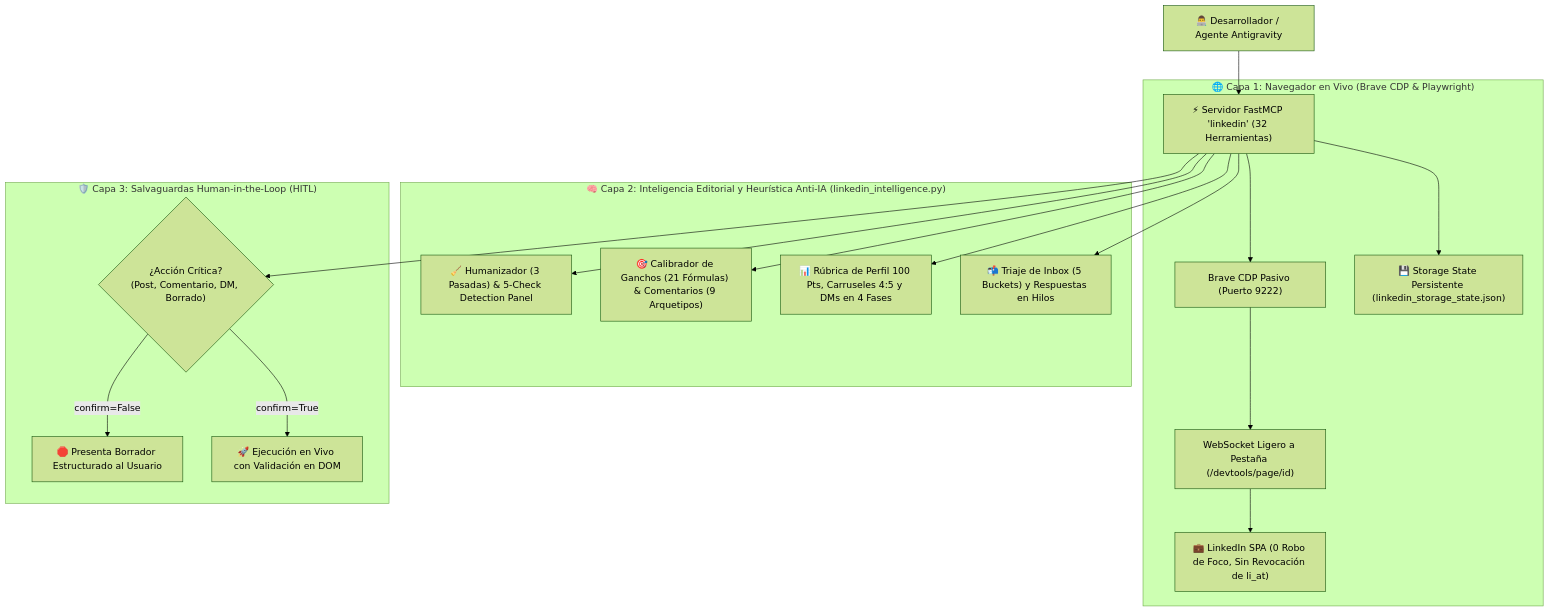
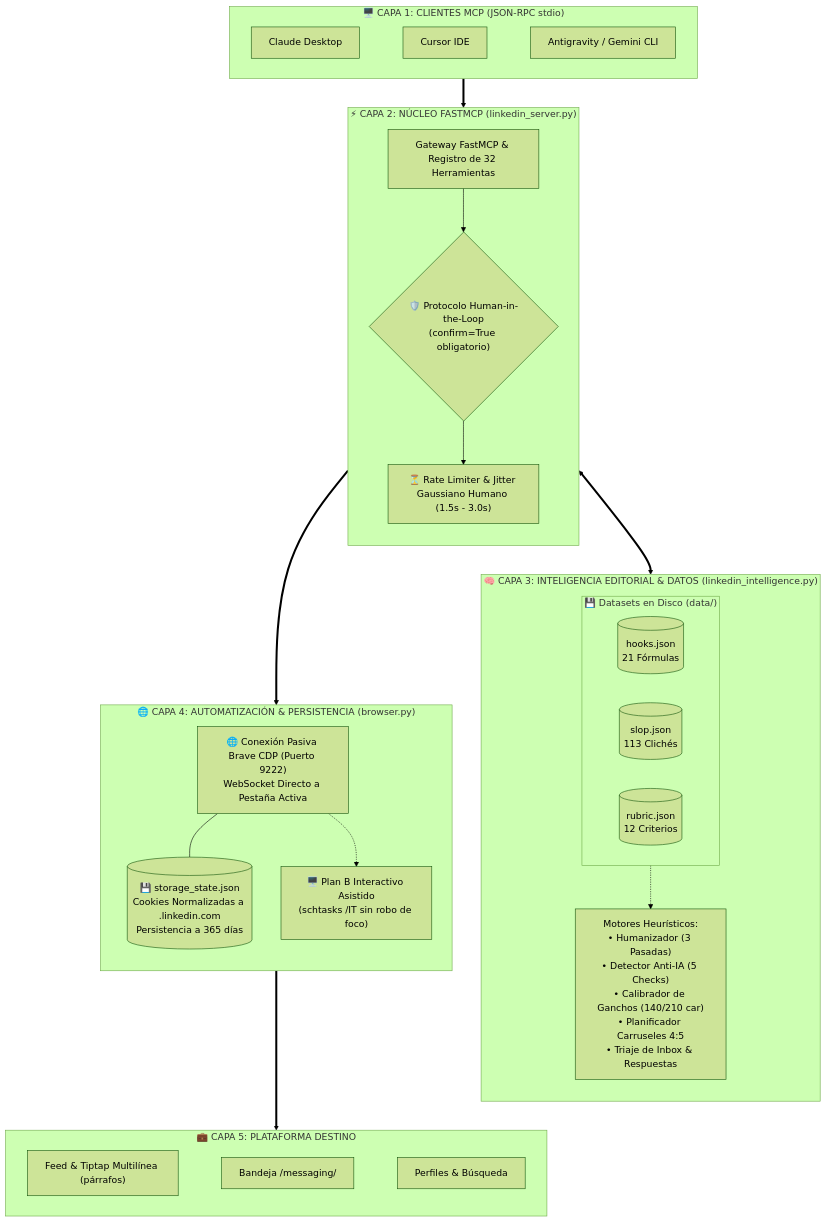
The first of 3 diagrams in GUIA_USO.md (solari21/mcp-linkedin), drawn with Mermaid (forest theme) before and after one commit. The commit also changed other lines of this file and 2 other files, not shown here.

Commit message:
docs: diferenciar arquitectura en 5 capas estructurales y flujo operativo con nueva infografía técnica editorial

````diff
--- a/GUIA_USO.md
+++ b/GUIA_USO.md
@@ -11,24 +13,46 @@
 ```mermaid
-flowchart TD
-    User["👨‍💻 Desarrollador / Agente Antigravity"] --> Server["⚡ Servidor FastMCP 'linkedin' (32 Herramientas)"]
-
-    subgraph Live["🌐 Capa 1: Navegador en Vivo (Brave CDP & Playwright)"]
-        Server --> CDP["Brave CDP Pasivo (Puerto 9222)"]
-        CDP --> TargetWS["WebSocket Ligero a Pestaña (/devtools/page/id)"]
-        TargetWS --> LinkedInWeb["💼 LinkedIn SPA (0 Robo de Foco, Sin Revocación de li_at)"]
-        Server --> SessionState["💾 Storage State Persistente (linkedin_storage_state.json)"]
+graph TB
+    subgraph Layer1 ["🖥️ CAPA 1: CLIENTES MCP (JSON-RPC stdio)"]
+        direction LR
+        C1["Claude Desktop"] ~~~ C2["Cursor IDE"] ~~~ C3["Antigravity / Gemini CLI"]
     end
 
-    subgraph Intelligence["🧠 Capa 2: Inteligencia Editorial y Heurística Anti-IA (linkedin_intelligence.py)"]
-        Server --> AntiAI["🧹 Humanizador (3 Pasadas) & 5-Check Detection Panel"]
-        Server --> Copywriting["🎯 Calibrador de Ganchos (21 Fórmulas) & Comentarios (9 Arquetipos)"]
-        Server --> Strategy["📊 Rúbrica de Perfil 100 Pts, Carruseles 4:5 y DMs en 4 Fases"]
-        Server --> Triage["📬 Triaje de Inbox (5 Buckets) y Respuestas en Hilos"]
+    subgraph Layer2 ["⚡ CAPA 2: NÚCLEO FASTMCP (linkedin_server.py)"]
+        direction TB
+        ServerCore["Gateway FastMCP & Registro de 32 Herramientas"]
+        HITLGuard{"🛡️ Protocolo Human-in-the-Loop\n(confirm=True obligatorio)"}
+        Throttler["⏳ Rate Limiter & Jitter Gaussiano Humano (1.5s - 3.0s)"]
+        ServerCore --> HITLGuard
+        HITLGuard --> Throttler
     end
 
-    subgraph Governance["🛡️ Capa 3: Salvaguardas Human-in-the-Loop (HITL)"]
-        Server --> Gate{"¿Acción Crítica?\n(Post, Comentario, DM, Borrado)"}
-        Gate -->|confirm=False| Draft["🛑 Presenta Borrador Estructurado al Usuario"]
-        Gate -->|confirm=True| Exec["🚀 Ejecución en Vivo con Validación en DOM"]
+    subgraph Layer3 ["🧠 CAPA 3: INTELIGENCIA EDITORIAL & DATOS (linkedin_intelligence.py)"]
+        direction TB
+        subgraph Datasets ["💾 Datasets en Disco (data/)"]
+            D1[("hooks.json\n21 Fórmulas")]
+            D2[("slop.json\n113 Clichés")]
+            D3[("rubric.json\n12 Criterios")]
+        end
+        Engines["Motores Heurísticos:\n• Humanizador (3 Pasadas)\n• Detector Anti-IA (5 Checks)\n• Calibrador de Ganchos (140/210 car)\n• Planificador Carruseles 4:5\n• Triaje de Inbox & Respuestas"]
+        Datasets -.-> Engines
     end
+
+    subgraph Layer4 ["🌐 CAPA 4: AUTOMATIZACIÓN & PERSISTENCIA (browser.py)"]
+        direction TB
+        CDPManager["🌐 Conexión Pasiva Brave CDP (Puerto 9222)\nWebSocket Directo a Pestaña Activa"]
+        SessionStore[("💾 storage_state.json\nCookies Normalizadas a .linkedin.com\nPersistencia a 365 días")]
+        FallbackPlan["🖥️ Plan B Interactivo Asistido\n(schtasks /IT sin robo de foco)"]
+        CDPManager --- SessionStore
+        CDPManager -.-> FallbackPlan
+    end
+
+    subgraph Layer5 ["💼 CAPA 5: PLATAFORMA DESTINO"]
+        direction LR
+        L1["Feed & Tiptap Multilínea (párrafos)"] ~~~ L2["Bandeja /messaging/"] ~~~ L3["Perfiles & Búsqueda"]
+    end
+
+    Layer1 ==> Layer2
+    Layer2 <==> Layer3
+    Layer2 ==> Layer4
+    Layer4 ==> Layer5
 ```
````
